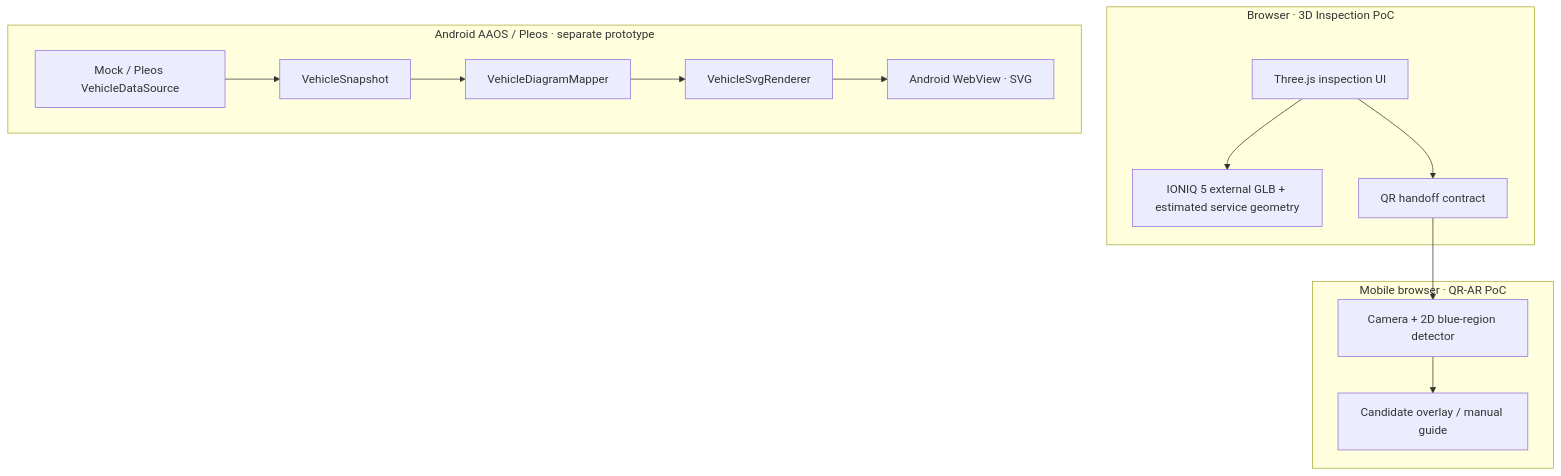
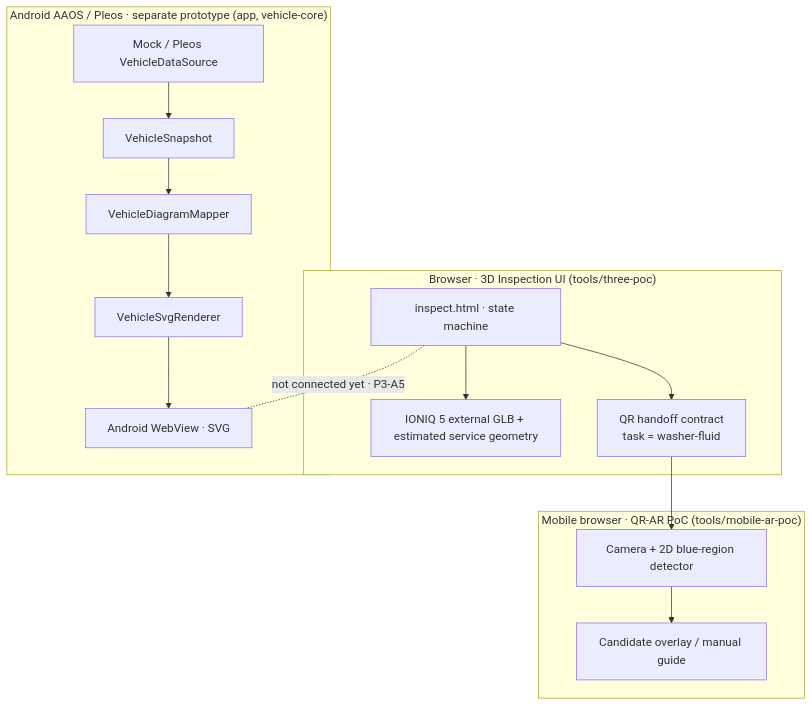
Before and after one commit to ppsssj/CarScope: the diagram in README.md, drawn with Mermaid. The commit also changed other lines of this file and 5 other files, not shown here.

First line of the commit message:
docs: add real P3-A4 UI screenshots and feature/flow sections to README

````diff
--- a/README.md
+++ b/README.md
@@ -61,19 +58,20 @@
 ```mermaid
 flowchart TB
-  subgraph Browser["Browser · 3D Inspection PoC"]
-    UI["Three.js inspection UI"]
+  subgraph Browser["Browser · 3D Inspection UI (tools/three-poc)"]
+    UI["inspect.html · state machine"]
     GEO["IONIQ 5 external GLB + estimated service geometry"]
     UI --> GEO
-    UI --> QR["QR handoff contract"]
+    UI --> QR["QR handoff contract<br/>task = washer-fluid"]
   end
-  subgraph Mobile["Mobile browser · QR-AR PoC"]
+  subgraph Mobile["Mobile browser · QR-AR PoC (tools/mobile-ar-poc)"]
     QR --> CAM["Camera + 2D blue-region detector"]
     CAM --> GUIDE["Candidate overlay / manual guide"]
   end
-  subgraph Android["Android AAOS / Pleos · separate prototype"]
+  subgraph Android["Android AAOS / Pleos · separate prototype (app, vehicle-core)"]
     SDK["Mock / Pleos VehicleDataSource"] --> SNAP["VehicleSnapshot"]
     SNAP --> MAP["VehicleDiagramMapper"]
     MAP --> SVG["VehicleSvgRenderer"]
     SVG --> WV["Android WebView · SVG"]
   end
+  UI -.-|"not connected yet · P3-A5"| WV
 ```
````
